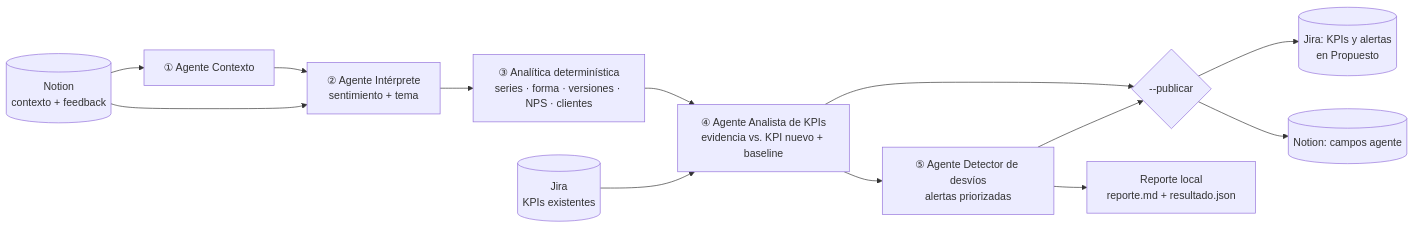
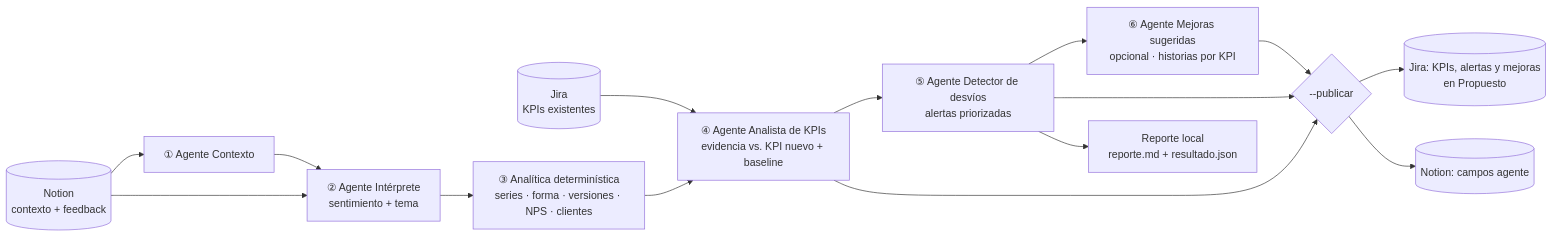
Before and after one commit to abellatuf/AgenteKPIs: the diagram in README.md, drawn with Mermaid. The commit also changed other lines of this file, not shown here.

Commit message:
README: agente de mejoras en el diagrama y en la estructura

````diff
--- a/README.md
+++ b/README.md
@@ -103,15 +103,17 @@
 ```mermaid
 flowchart LR
   N[(Notion<br>contexto + feedback)] --> C[① Agente Contexto]
   J[(Jira<br>KPIs existentes)] --> AN
   N --> I
   C --> I[② Agente Intérprete<br>sentimiento + tema]
   I --> M[③ Analítica determinística<br>series · forma · versiones · NPS · clientes]
   M --> AN[④ Agente Analista de KPIs<br>evidencia vs. KPI nuevo + baseline]
   AN --> D[⑤ Agente Detector de desvíos<br>alertas priorizadas]
+  D --> MJ[⑥ Agente Mejoras sugeridas<br>opcional · historias por KPI]
   D --> P{--publicar}
   AN --> P
-  P --> JO[(Jira: KPIs y alertas<br>en Propuesto)]
+  MJ --> P
+  P --> JO[(Jira: KPIs, alertas y mejoras<br>en Propuesto)]
   P --> NO[(Notion: campos agente)]
   D --> R[Reporte local<br>reporte.md + resultado.json]
 ```
````
